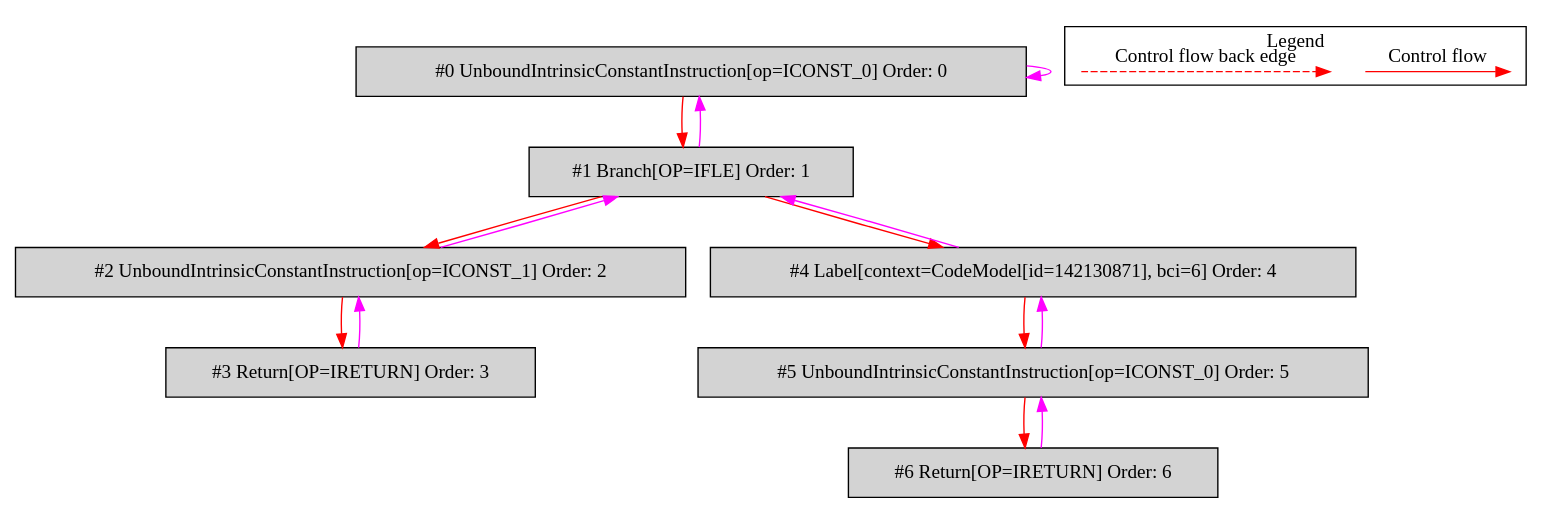
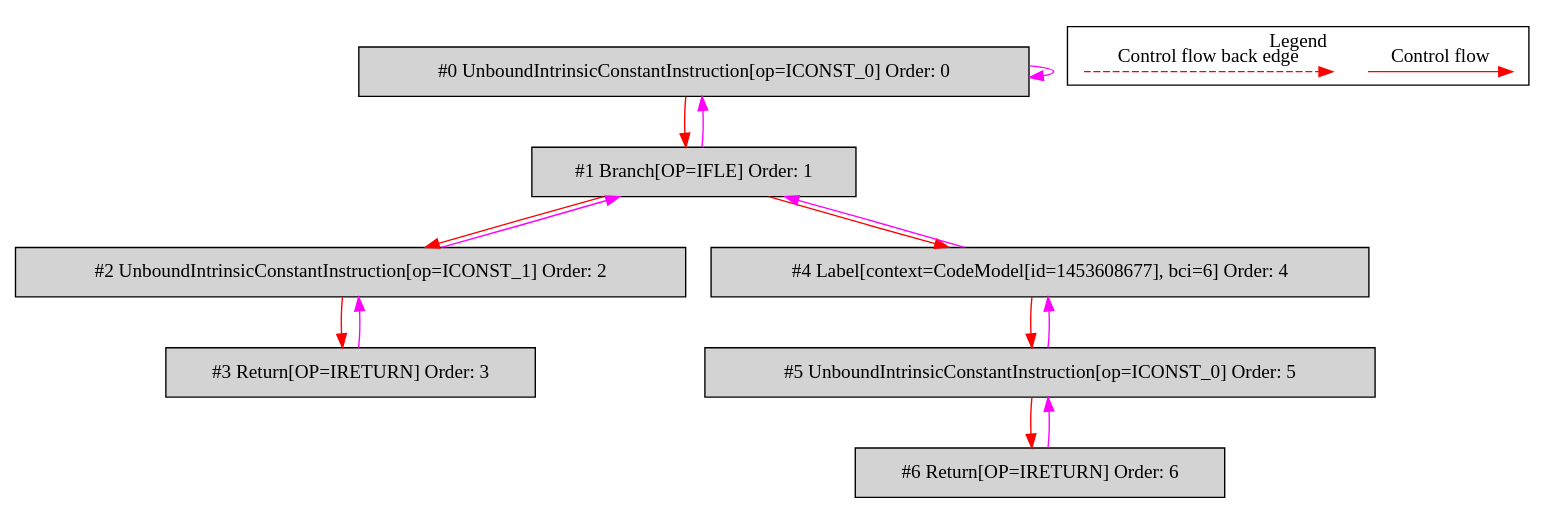
One commit to mirkosertic/MetaIR changed the diagram in de.mirkosertic.metair.ir.OpcodeIFLETest/test_IFLE/bytecodecfg.dot. Above: the diagram before and after it, drawn with Graphviz. The commit also changed 636 other files, not shown here.

```diff
--- a/de.mirkosertic.metair.ir.OpcodeIFLETest/test_IFLE/bytecodecfg.dot
+++ b/de.mirkosertic.metair.ir.OpcodeIFLETest/test_IFLE/bytecodecfg.dot
@@ -1,37 +1,37 @@
 digraph {
  ordering="in";
  node0[label="#0 UnboundIntrinsicConstantInstruction[op=ICONST_0] Order: 0", shape=box, fillcolor=lightgrey, style=filled];
  node1[label="#1 Branch[OP=IFLE] Order: 1", shape=box, fillcolor=lightgrey, style=filled];
  node2[label="#2 UnboundIntrinsicConstantInstruction[op=ICONST_1] Order: 2", shape=box, fillcolor=lightgrey, style=filled];
  node3[label="#3 Return[OP=IRETURN] Order: 3", shape=box, fillcolor=lightgrey, style=filled];
- node4[label="#4 Label[context=CodeModel[id=142130871], bci=6] Order: 4", shape=box, fillcolor=lightgrey, style=filled];
+ node4[label="#4 Label[context=CodeModel[id=1453608677], bci=6] Order: 4", shape=box, fillcolor=lightgrey, style=filled];
  node5[label="#5 UnboundIntrinsicConstantInstruction[op=ICONST_0] Order: 5", shape=box, fillcolor=lightgrey, style=filled];
  node6[label="#6 Return[OP=IRETURN] Order: 6", shape=box, fillcolor=lightgrey, style=filled];
  node0 -> node0[color=fuchsia];
  node0 -> node1[color=red];
  node1 -> node0[color=fuchsia];
  node1 -> node2[color=red];
  node2 -> node1[color=fuchsia];
  node2 -> node3[color=red];
  node3 -> node2[color=fuchsia];
  node1 -> node4[color=red];
  node4 -> node1[color=fuchsia];
  node4 -> node5[color=red];
  node5 -> node4[color=fuchsia];
  node5 -> node6[color=red];
  node6 -> node5[color=fuchsia];
  subgraph cluster_000 {
   label = "Legend";
   node [shape=point]
   {
    rank=same;
    c0 [style = invis];
    c1 [style = invis];
    c2 [style = invis];
    c3 [style = invis];
   }
   c0 -> c1 [label="Control flow", style=solid, color=red]
   c2 -> c3 [label="Control flow back edge", style=dashed, color=red]
  }
 
 }
```
